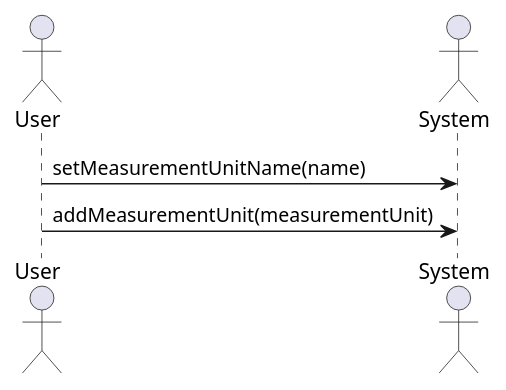
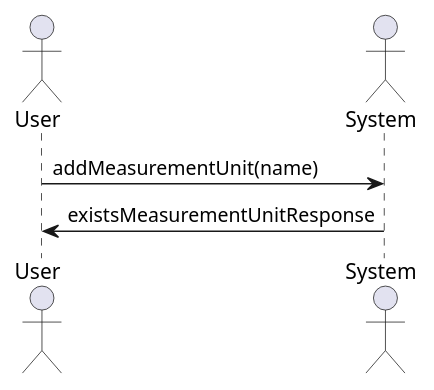
One commit to drDeepl/purchased-products-app-nest changed the diagram in src/diagrams_operations/add_measurement_unit.wsd. Above: the diagram before and after it, drawn with PlantUML. The commit also changed 36 other files, not shown here.

```diff
--- a/src/diagrams_operations/add_measurement_unit.wsd
+++ b/src/diagrams_operations/add_measurement_unit.wsd
@@ -1,11 +1,10 @@
 @startuml add_measurement_unit
 
-skinparam backgroundColor #FFFFFF
 
 actor User
 actor System
 
-User -> System: setMeasurementUnitName(name)
-User -> System: addMeasurementUnit(measurementUnit)
+User -> System: addMeasurementUnit(name)
+System -> User: existsMeasurementUnitResponse
 
 @enduml
```
